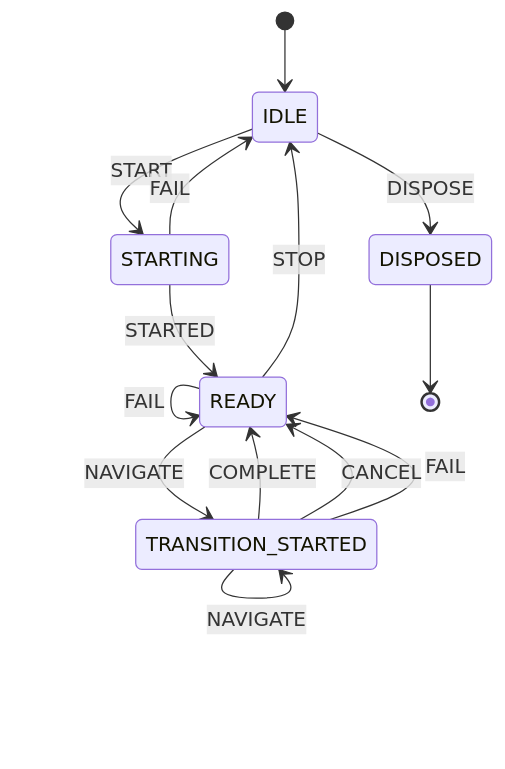
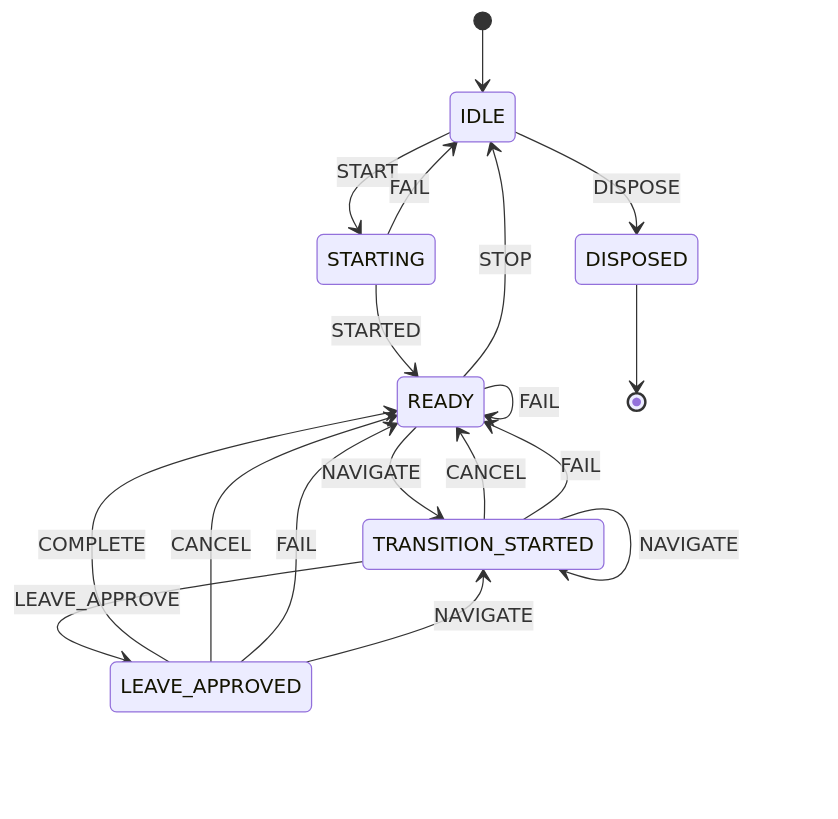
Before and after one commit to greydragon888/real-router: the second of 3 diagrams in ARCHITECTURE.md, drawn with Mermaid. The commit also changed other lines of this file and 9 other files, not shown here.

First line of the commit message:
docs(core): document TRANSITION_LEAVE_APPROVE across packages (#391)

````diff
--- a/ARCHITECTURE.md
+++ b/ARCHITECTURE.md
@@ -205,20 +205,25 @@
 ```mermaid
 stateDiagram-v2
     [*] --> IDLE
     IDLE --> STARTING : START
     IDLE --> DISPOSED : DISPOSE
 
     STARTING --> READY : STARTED
     STARTING --> IDLE : FAIL
 
     READY --> TRANSITION_STARTED : NAVIGATE
     READY --> READY : FAIL
     READY --> IDLE : STOP
 
     TRANSITION_STARTED --> TRANSITION_STARTED : NAVIGATE
-    TRANSITION_STARTED --> READY : COMPLETE
+    TRANSITION_STARTED --> LEAVE_APPROVED : LEAVE_APPROVE
     TRANSITION_STARTED --> READY : CANCEL
     TRANSITION_STARTED --> READY : FAIL
 
+    LEAVE_APPROVED --> READY : COMPLETE
+    LEAVE_APPROVED --> READY : CANCEL
+    LEAVE_APPROVED --> READY : FAIL
+    LEAVE_APPROVED --> TRANSITION_STARTED : NAVIGATE
+
     DISPOSED --> [*]
 ```
````
